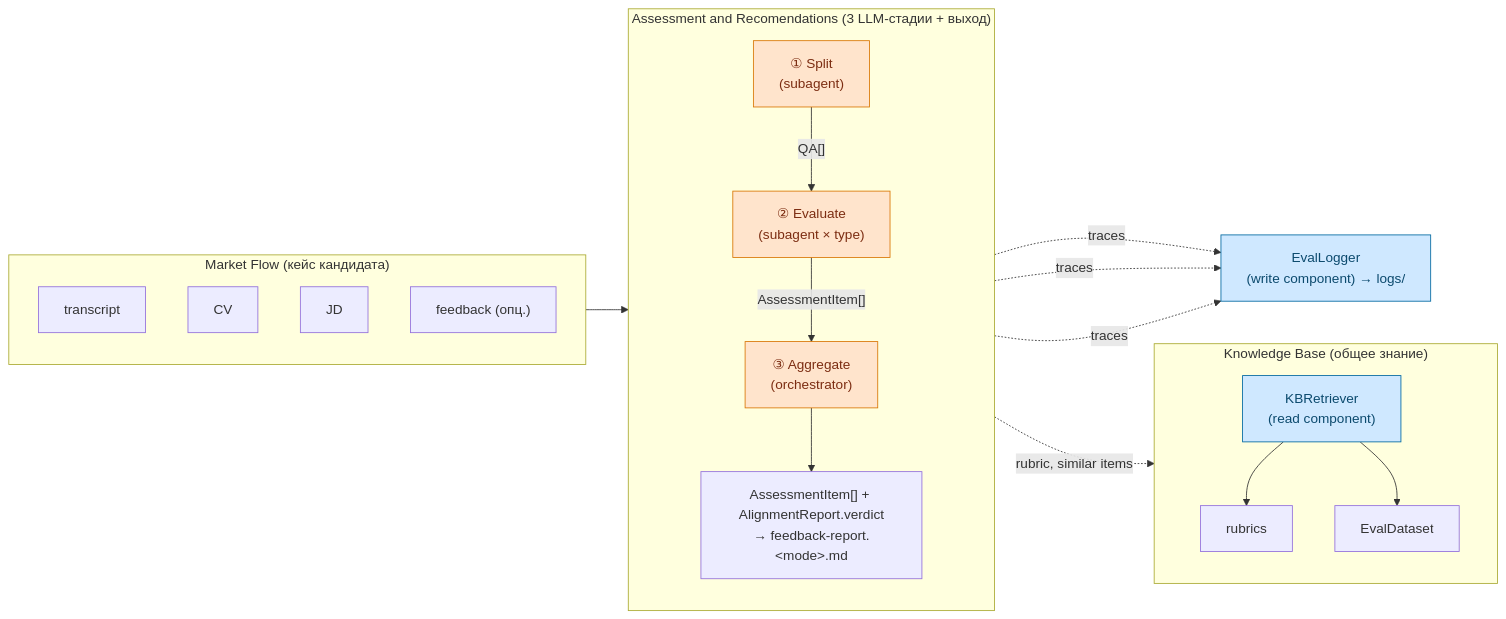
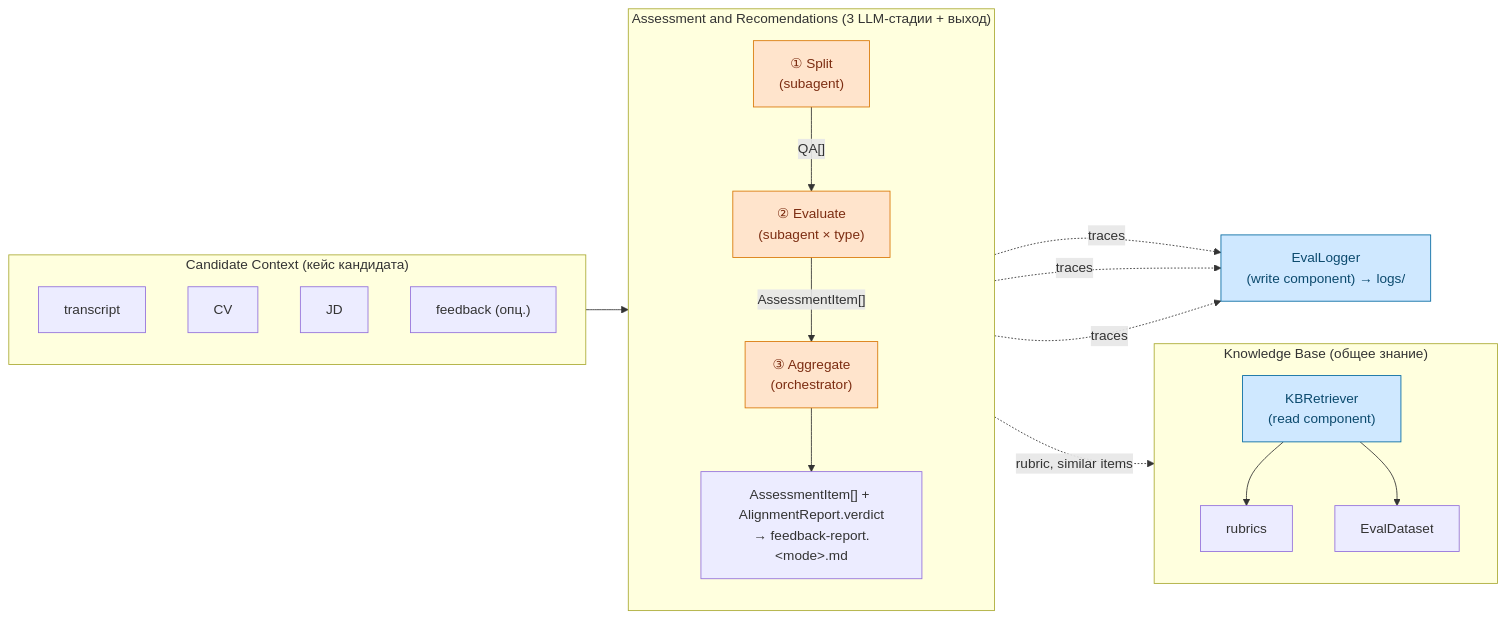
Before and after one commit to margomrkv/interview-debrief-assistant: the diagram in md/arch_agents.md, drawn with Mermaid. The commit also changed other lines of this file and 1 other file, not shown here.

Commit message:
rename MF to CC

````diff
--- a/md/arch_agents.md
+++ b/md/arch_agents.md
@@ -92,46 +92,46 @@
 ```mermaid
 flowchart LR
-    %% Левая граница: Market Flow (кейс)
-    subgraph MF["Market Flow (кейс кандидата)"]
+    %% Левая граница: Candidate Context (кейс)
+    subgraph CC["Candidate Context (кейс кандидата)"]
         direction TB
-        MF_TR["transcript"]
-        MF_CV["CV"]
-        MF_JD["JD"]
-        MF_FB["feedback (опц.)"]
+        CC_TR["transcript"]
+        CC_CV["CV"]
+        CC_JD["JD"]
+        CC_FB["feedback (опц.)"]
     end
 
     %% Центр: AR-модуль (3 LLM-стадии + выход)
     subgraph AR["Assessment and Recomendations (3 LLM-стадии + выход)"]
         direction TB
         ST1["① Split<br/>(subagent)"]
         ST2["② Evaluate<br/>(subagent × type)"]
         ST3["③ Aggregate<br/>(orchestrator)"]
         OUT["AssessmentItem[] + AlignmentReport.verdict<br/>→ feedback-report.&lt;mode&gt;.md"]
         ST1 -- "QA[]" --> ST2
         ST2 -- "AssessmentItem[]" --> ST3
         ST3 --> OUT
     end
 
     %% Правая граница: Knowledge Base (общее)
     subgraph KB["Knowledge Base (общее знание)"]
         direction TB
         KBR["KBRetriever<br/>(read component)"]
         KB_R["rubrics"]
         KB_E["EvalDataset"]
         KBR --> KB_R
         KBR --> KB_E
     end
 
     %% Cross-cutting (write)
     LOG["EvalLogger<br/>(write component) → logs/"]
 
-    MF --> ST1
+    CC --> ST1
     ST2 -. "rubric, similar items" .-> KBR
     ST1 & ST2 & ST3 -. "traces" .-> LOG
 
     %% Тип компонента: агент (LLM) vs детерминированный компонент
     classDef agent fill:#ffe4cc,stroke:#d97706,color:#7c2d12
     classDef deterministic fill:#cfe8ff,stroke:#0369a1,color:#0c4a6e
     class ST1,ST2,ST3 agent
     class KBR,LOG deterministic
 ```
````
